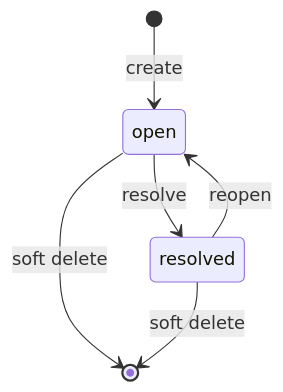
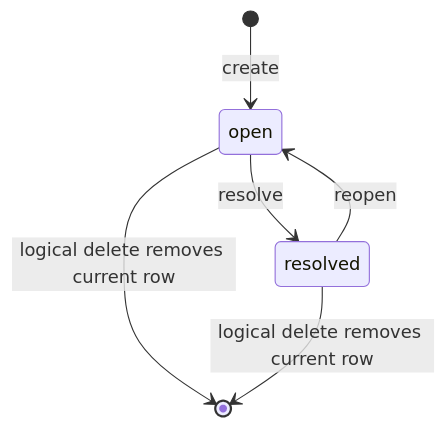
Before and after one commit to gccurtis/icarus: the second of 2 diagrams in apps/backend/src/3-capabilities/comments/docs/concepts.md, drawn with Mermaid. The commit also changed 63 other files, not shown here.

````diff
--- a/apps/backend/src/3-capabilities/comments/docs/concepts.md
+++ b/apps/backend/src/3-capabilities/comments/docs/concepts.md
@@ -56,8 +56,8 @@
 ```mermaid
 stateDiagram-v2
   [*] --> open: create
   open --> resolved: resolve
   resolved --> open: reopen
-  open --> [*]: soft delete
-  resolved --> [*]: soft delete
+  open --> [*]: logical delete removes current row
+  resolved --> [*]: logical delete removes current row
 ```
````
